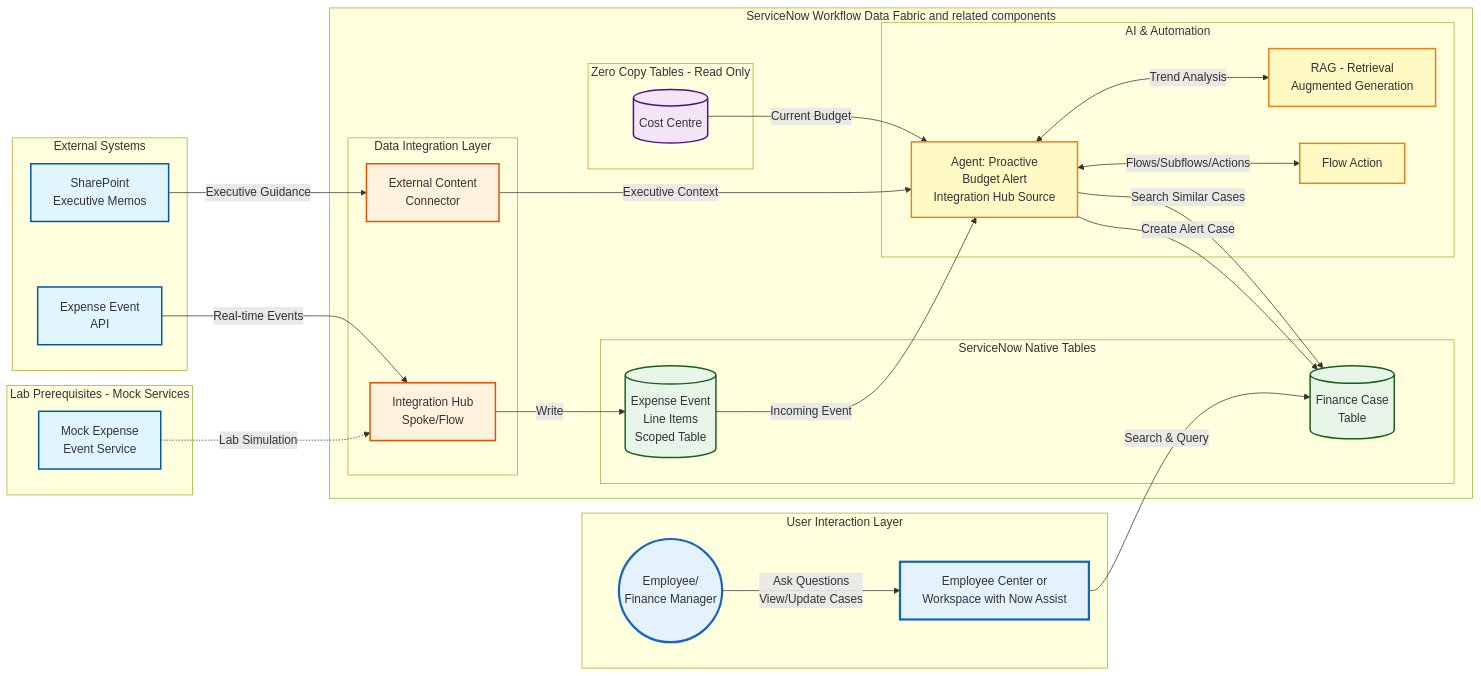
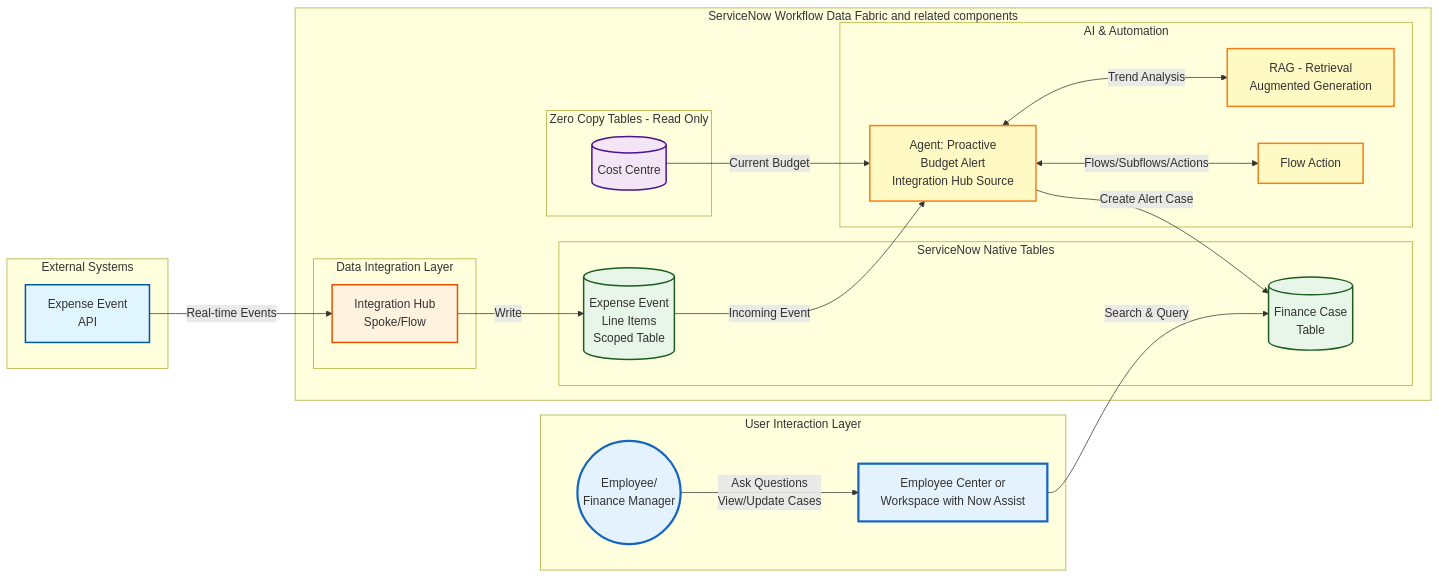
Before and after one commit to leojacinto/WorkflowDataFabric-TypeA: the diagram in 2_Integration_Hub.md, drawn with Mermaid. The commit also changed 1 other file, not shown here.

Commit message:
GITBOOK-71: No subject

````diff
--- a/2_Integration_Hub.md
+++ b/2_Integration_Hub.md
@@ -11,74 +11,63 @@
 ```mermaid
 graph LR
     subgraph "User Interaction Layer"
         Employee((Employee/<br/>Finance Manager))
         EC[Employee Center or<br/> Workspace with Now Assist]
     end
 
     subgraph "External Systems"
         ExpenseAPI[Expense Event<br/>API]
-        SharePoint[SharePoint<br/>Executive Memos]
     end
 
     subgraph "ServiceNow Workflow Data Fabric and related components"
         subgraph "Data Integration Layer"
             IntHub[Integration Hub<br/>Spoke/Flow]
-            ExtContent[External Content<br/>Connector]
         end
 
         subgraph "Zero Copy Tables - Read Only"
             ZCCC[(Cost Centre)]
         end
 
         subgraph "ServiceNow Native Tables"
             ExpenseTable[(Expense Event<br/>Line Items<br/>Scoped Table)]
             FinCase[(Finance Case<br/>Table)]
         end
 
         subgraph "AI & Automation"
             Agent2[Agent: Proactive<br/>Budget Alert<br/>Integration Hub Source]
             RAG[RAG - Retrieval<br/>Augmented Generation]
             FlowAction[Flow Action]
         end
     end
 
-    subgraph "Lab Prerequisites - Mock Services"
-        MockExpense[Mock Expense<br/>Event Service]
-    end
-
     %% Data Flow Connections
     ExpenseAPI -->|Real-time Events| IntHub
-    MockExpense -.->|Lab Simulation| IntHub
     IntHub -->|Write| ExpenseTable
-
-    SharePoint -->|Executive Guidance| ExtContent
 
     %% Agent 2 Workflow - Integration Hub Source
     ExpenseTable -->|Incoming Event| Agent2
     ZCCC -->|Current Budget| Agent2
-    Agent2 -->|Search Similar Cases| FinCase
-    ExtContent -->|Executive Context| Agent2
     Agent2 -->|Create Alert Case| FinCase
     Agent2 <-->|Trend Analysis| RAG
     Agent2 <-->|Flows/Subflows/Actions| FlowAction
 
     %% User Interaction Connections
     Employee -->|Ask Questions<br/>View/Update Cases| EC
     EC -->|Search & Query| FinCase
 
     %% Styling
     classDef external fill:#e1f5ff,stroke:#01579b,stroke-width:2px
     classDef integration fill:#fff3e0,stroke:#e65100,stroke-width:2px
     classDef zeroCopy fill:#f3e5f5,stroke:#4a148c,stroke-width:2px
     classDef native fill:#e8f5e9,stroke:#1b5e20,stroke-width:2px
     classDef ai fill:#fff9c4,stroke:#f57f17,stroke-width:2px
     classDef user fill:#e3f2fd,stroke:#1565c0,stroke-width:3px
 
     class ExpenseAPI,SharePoint external
     class IntHub,ExtContent integration
     class ZCCC zeroCopy
     class ExpenseTable,FinCase,FinVar native
     class Agent2,NLQuery,RAG,NASK,FlowAction ai
     class MockExpense external
     class Employee,EC user
 ```
````
